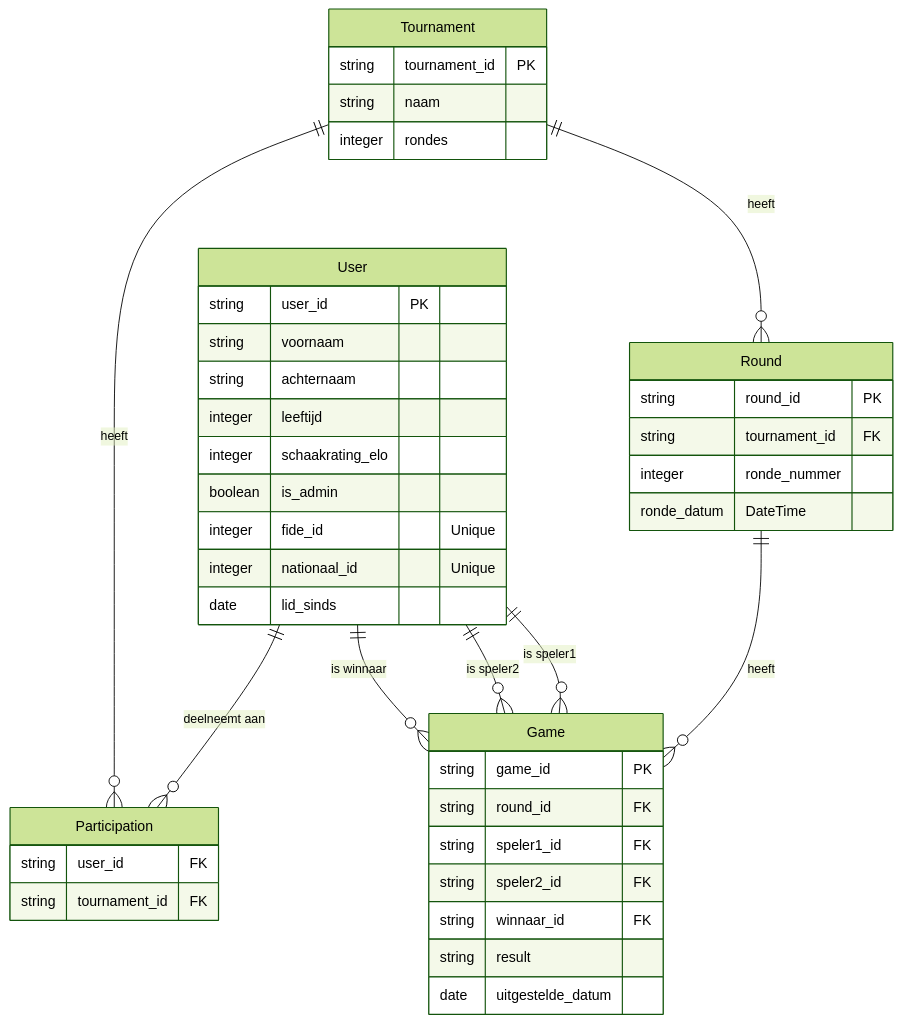
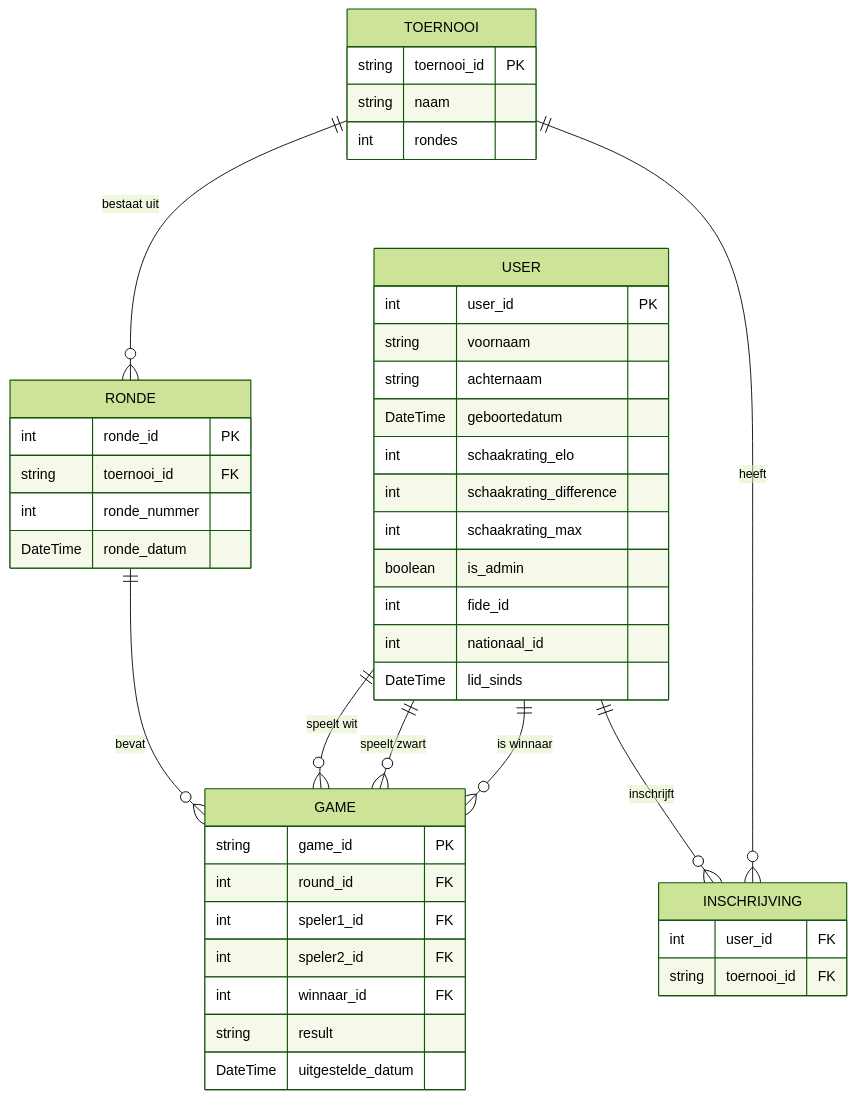
The diagram in dossier.md (Jessevdonck/KSKColle), drawn with Mermaid (forest theme) before and after one commit. The commit also changed 18 other files, not shown here.

````diff
--- a/dossier.md
+++ b/dossier.md
@@ -36,51 +36,54 @@
 ```mermaid
 erDiagram
-    User {
-        string user_id PK
+
+    TOERNOOI {
+        string toernooi_id PK
+        string naam
+        int rondes
+    }
+
+    USER {
+        int user_id PK
         string voornaam
         string achternaam
-        integer leeftijd
-        integer schaakrating_elo
+        DateTime geboortedatum
+        int schaakrating_elo
+        int schaakrating_difference
+        int schaakrating_max
         boolean is_admin
-        integer fide_id "Unique"
-        integer nationaal_id "Unique"
-        date lid_sinds 
+        int fide_id
+        int nationaal_id
+        DateTime lid_sinds
     }
 
-    Tournament {
-        string tournament_id PK
-        string naam
-        integer rondes
+    INSCHRIJVING {
+        int user_id FK
+        string toernooi_id FK
     }
 
-    Round {
-        string round_id PK
-        string tournament_id FK
-        integer ronde_nummer
-        ronde_datum DateTime
+    RONDE {
+        int ronde_id PK
+        string toernooi_id FK
+        int ronde_nummer
+        DateTime ronde_datum
     }
 
-    Game {
+    GAME {
         string game_id PK
-        string round_id FK
-        string speler1_id FK
-        string speler2_id FK
-        string winnaar_id FK
+        int round_id FK
+        int speler1_id FK
+        int speler2_id FK
+        int winnaar_id FK
         string result
-        date uitgestelde_datum
+        DateTime uitgestelde_datum
     }
 
-    Participation {
-        string user_id FK
-        string tournament_id FK
-    }
-
-    User ||--o{ Participation : "deelneemt aan"
-    Tournament ||--o{ Participation : "heeft"
-    Tournament ||--o{ Round : "heeft"
-    Round ||--o{ Game : "heeft"
-    
-    User ||--o{ Game : "is speler1"
-    User ||--o{ Game : "is speler2"
-    User ||--o{ Game : "is winnaar"
+    %% Relaties
+    TOERNOOI ||--o{ RONDE : "bestaat uit"
+    USER ||--o{ INSCHRIJVING : "inschrijft"
+    TOERNOOI ||--o{ INSCHRIJVING : "heeft"
+    RONDE ||--o{ GAME : "bevat"
+    USER ||--o{ GAME : "speelt wit"
+    USER ||--o{ GAME : "speelt zwart"
+    USER ||--o{ GAME : "is winnaar"
 ```
````
